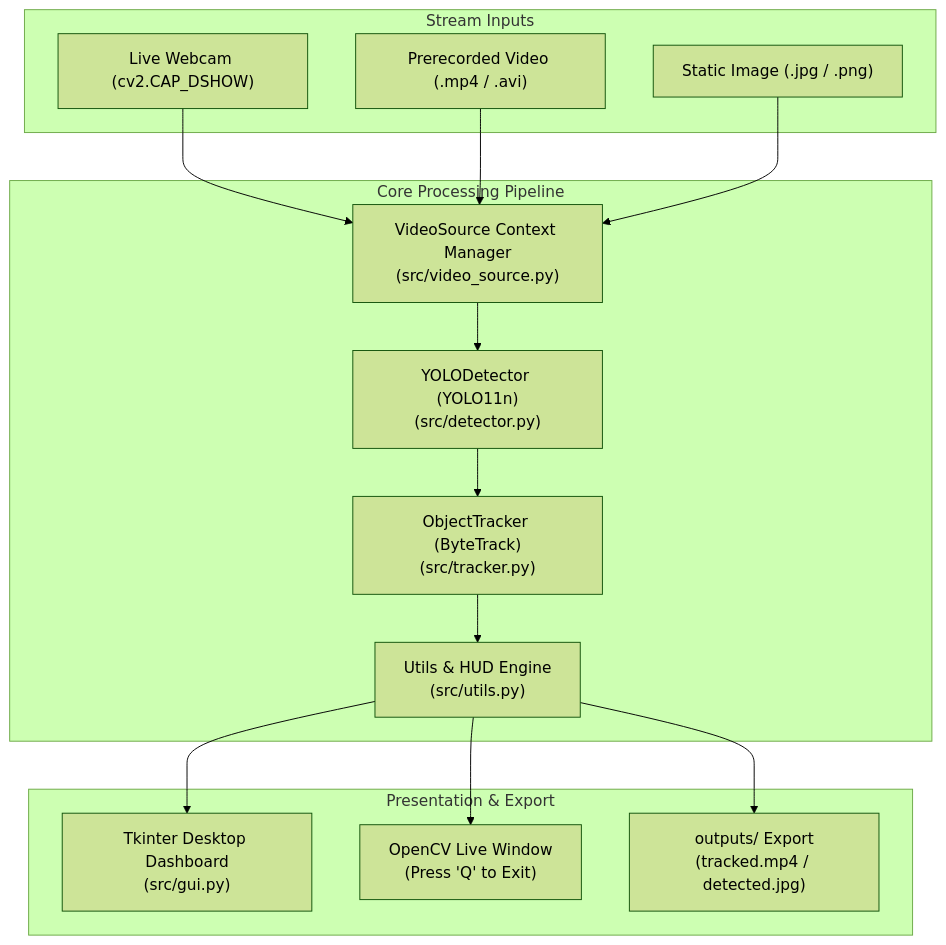
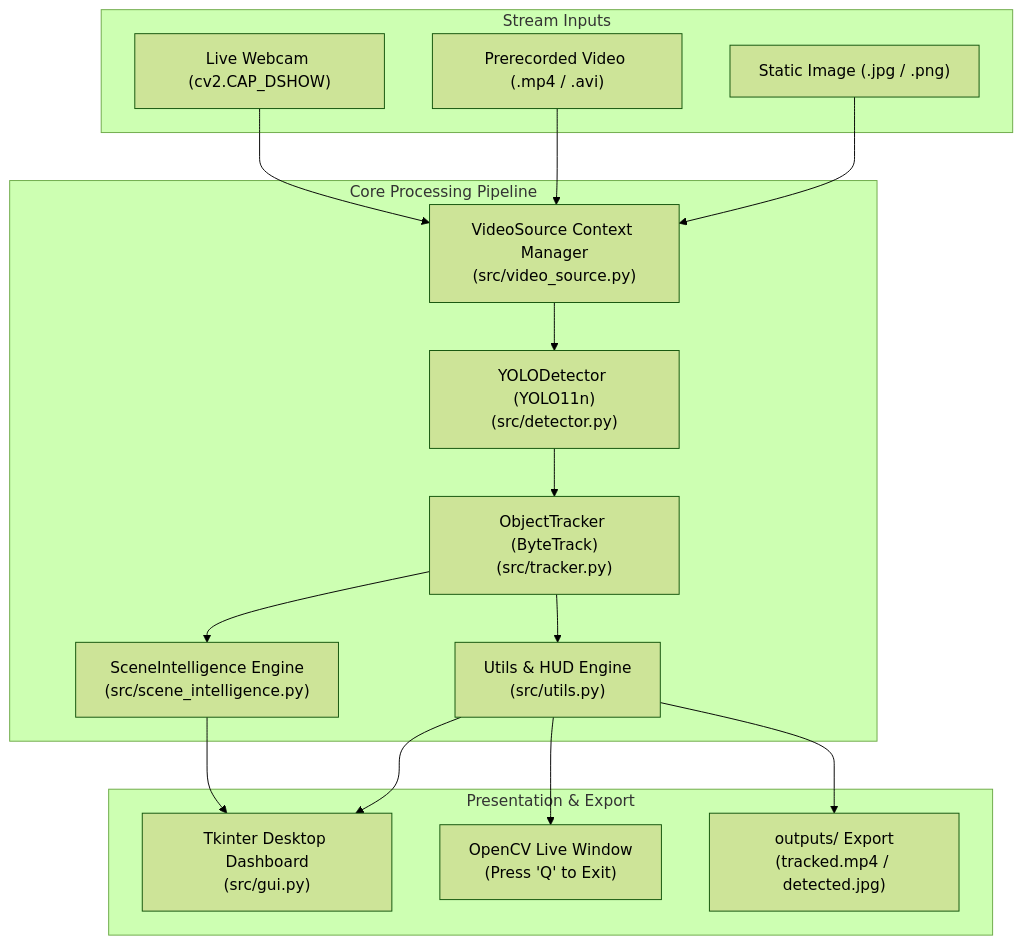
One commit to nathin1ga24ci074-KAISER/CodeAlpha_Object_Detection_Tracking changed the diagram in README.md. Above: the diagram before and after it, drawn with Mermaid (forest theme). The commit also changed other lines of this file and 4 other files, not shown here.

Commit message:
feat: implement explainable scene intelligence and event timeline

````diff
--- a/README.md
+++ b/README.md
@@ -28,33 +28,35 @@
 ```mermaid
 flowchart TD
     subgraph Inputs["Stream Inputs"]
         Webcam["Live Webcam (cv2.CAP_DSHOW)"]
         VideoFile["Prerecorded Video (.mp4 / .avi)"]
         StaticImg["Static Image (.jpg / .png)"]
     end
 
     subgraph CorePipeline["Core Processing Pipeline"]
         SourceMgr["VideoSource Context Manager\n(src/video_source.py)"]
         Detector["YOLODetector (YOLO11n)\n(src/detector.py)"]
         Tracker["ObjectTracker (ByteTrack)\n(src/tracker.py)"]
+        SceneIntel["SceneIntelligence Engine\n(src/scene_intelligence.py)"]
         Visualizer["Utils & HUD Engine\n(src/utils.py)"]
     end
 
     subgraph Outputs["Presentation & Export"]
         GUI["Tkinter Desktop Dashboard\n(src/gui.py)"]
         CLI_Window["OpenCV Live Window\n(Press 'Q' to Exit)"]
         DiskOutput["outputs/ Export\n(tracked.mp4 / detected.jpg)"]
     end
 
     Webcam --> SourceMgr
     VideoFile --> SourceMgr
     StaticImg --> SourceMgr
 
     SourceMgr --> Detector
     Detector --> Tracker
+    Tracker --> SceneIntel
     Tracker --> Visualizer
-
+    SceneIntel --> GUI
     Visualizer --> GUI
     Visualizer --> CLI_Window
     Visualizer --> DiskOutput
 ```
````
